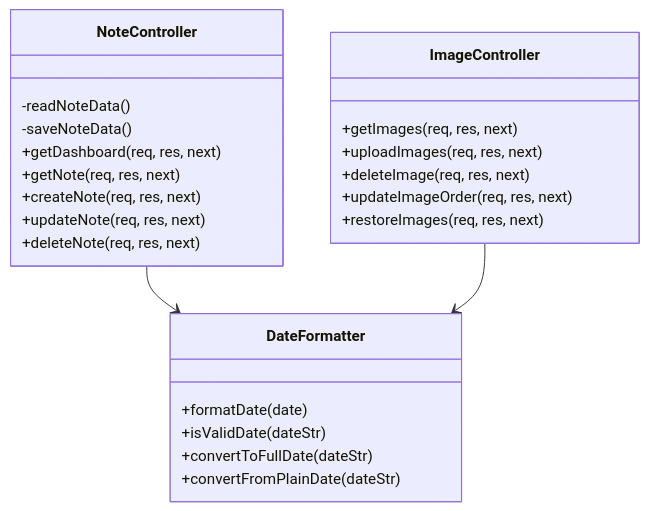
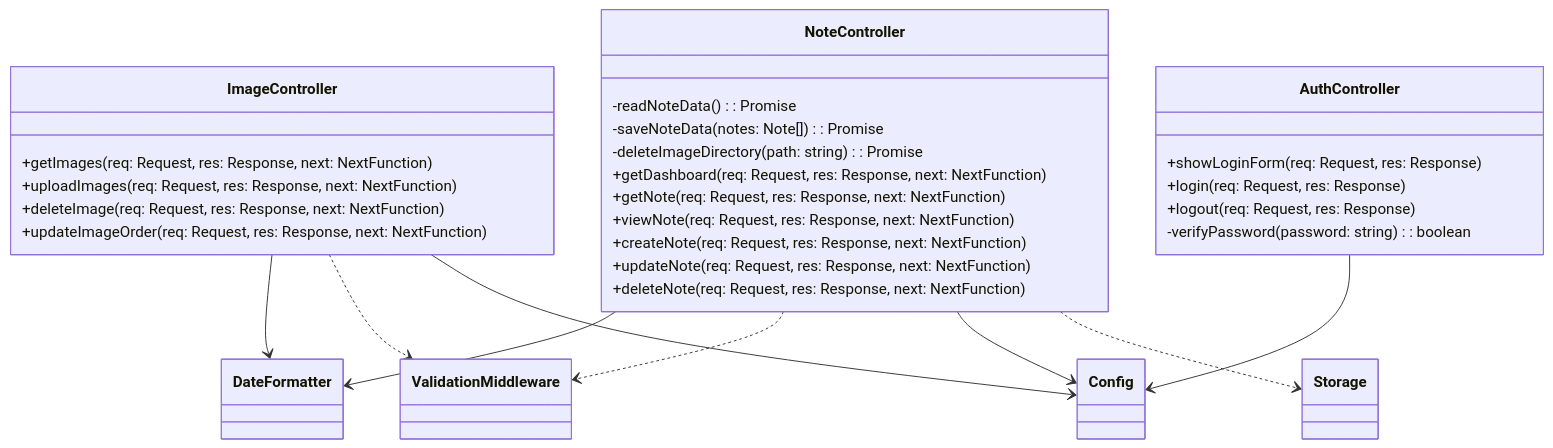
The first of 3 diagrams in project-uml.md (cg8-5712/math-note-refactor), drawn with Mermaid before and after one commit. The commit also changed other lines of this file and 5 other files, not shown here.

````diff
--- a/project-uml.md
+++ b/project-uml.md
@@ -4,30 +3,37 @@
 ```mermaid
 classDiagram
     class NoteController {
-        -readNoteData()
-        -saveNoteData()
-        +getDashboard(req, res, next)
-        +getNote(req, res, next)
-        +createNote(req, res, next)
-        +updateNote(req, res, next)
-        +deleteNote(req, res, next)
+        -readNoteData(): Promise<Note[]>
+        -saveNoteData(notes: Note[]): Promise<void>
+        -deleteImageDirectory(path: string): Promise<void>
+        +getDashboard(req: Request, res: Response, next: NextFunction)
+        +getNote(req: Request, res: Response, next: NextFunction)
+        +viewNote(req: Request, res: Response, next: NextFunction)
+        +createNote(req: Request, res: Response, next: NextFunction)
+        +updateNote(req: Request, res: Response, next: NextFunction)
+        +deleteNote(req: Request, res: Response, next: NextFunction)
     }
 
     class ImageController {
-        +getImages(req, res, next)
-        +uploadImages(req, res, next)
-        +deleteImage(req, res, next)
-        +updateImageOrder(req, res, next)
-        +restoreImages(req, res, next)
+        +getImages(req: Request, res: Response, next: NextFunction)
+        +uploadImages(req: Request, res: Response, next: NextFunction)
+        +deleteImage(req: Request, res: Response, next: NextFunction)
+        +updateImageOrder(req: Request, res: Response, next: NextFunction)
     }
 
-    class DateFormatter {
-        +formatDate(date)
-        +isValidDate(dateStr)
-        +convertToFullDate(dateStr)
-        +convertFromPlainDate(dateStr)
+    class AuthController {
+        +showLoginForm(req: Request, res: Response)
+        +login(req: Request, res: Response)
+        +logout(req: Request, res: Response)
+        -verifyPassword(password: string): boolean
     }
 
     NoteController --> DateFormatter
     ImageController --> DateFormatter
+    NoteController ..> ValidationMiddleware
+    ImageController ..> ValidationMiddleware
+    NoteController --> Config
+    ImageController --> Config
+    AuthController --> Config
+    NoteController ..> Storage
 ```
````
